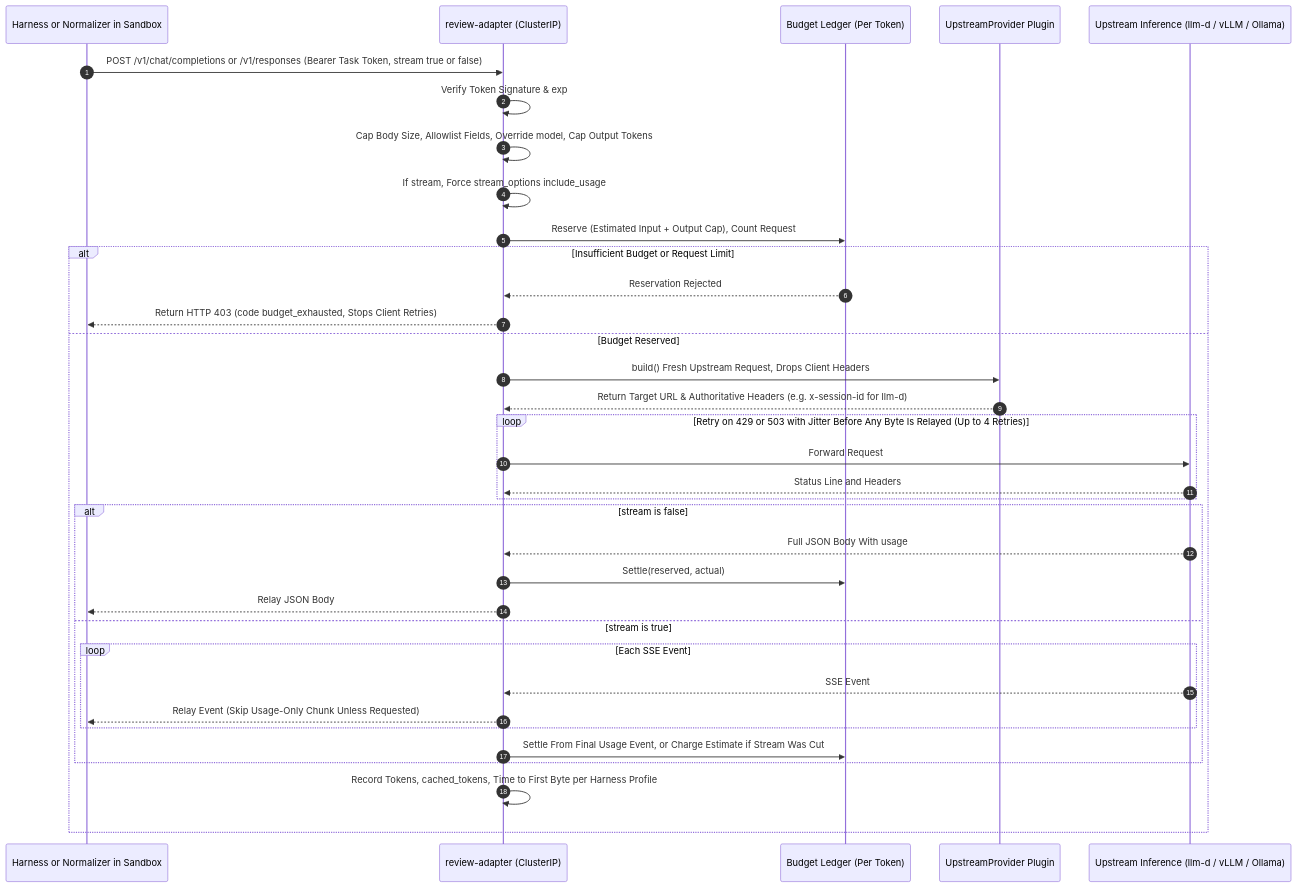
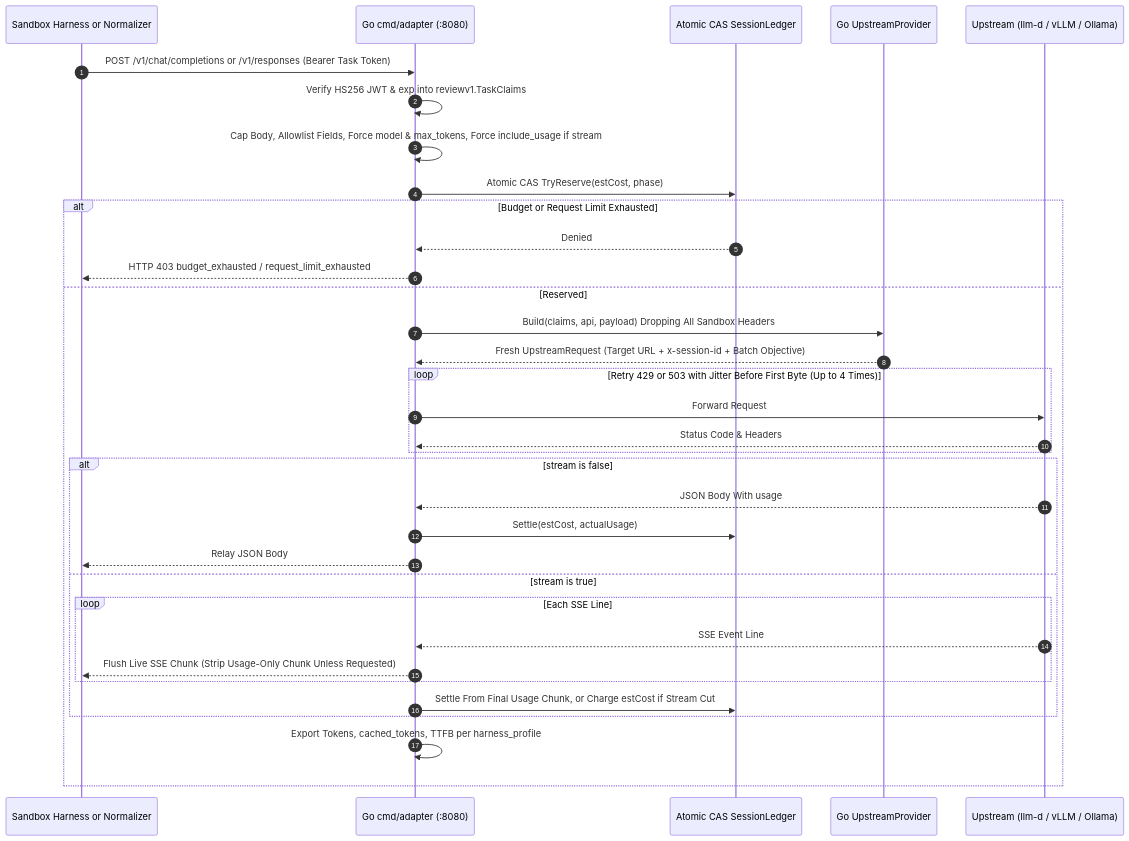
Before and after one commit to zetxqx/review-agent-infra: the fourth of 7 diagrams in docs/design/implementation-plan.md, drawn with Mermaid. The commit also changed other lines of this file and 12 other files, not shown here.

````diff
--- a/docs/design/implementation-plan.md
+++ b/docs/design/implementation-plan.md
@@ -1646,38 +2001,37 @@
 ```mermaid
 sequenceDiagram
     autonumber
-    participant Harn as Harness or Normalizer in Sandbox
-    participant Adapt as review-adapter (ClusterIP)
-    participant Ledger as Budget Ledger (Per Token)
-    participant Prov as UpstreamProvider Plugin
-    participant GW as Upstream Inference (llm-d / vLLM / Ollama)
+    participant Harn as Sandbox Harness or Normalizer
+    participant Adapt as Go cmd/adapter (:8080)
+    participant Ledger as Atomic CAS SessionLedger
+    participant Prov as Go UpstreamProvider
+    participant GW as Upstream (llm-d / vLLM / Ollama)
 
-    Harn->>Adapt: POST /v1/chat/completions or /v1/responses (Bearer Task Token, stream true or false)
-    Adapt->>Adapt: Verify Token Signature & exp
-    Adapt->>Adapt: Cap Body Size, Allowlist Fields, Override model, Cap Output Tokens
-    Adapt->>Adapt: If stream, Force stream_options include_usage
-    Adapt->>Ledger: Reserve (Estimated Input + Output Cap), Count Request
-    alt Insufficient Budget or Request Limit
-        Ledger-->>Adapt: Reservation Rejected
-        Adapt-->>Harn: Return HTTP 403 (code budget_exhausted, Stops Client Retries)
-    else Budget Reserved
-        Adapt->>Prov: build() Fresh Upstream Request, Drops Client Headers
-        Prov-->>Adapt: Return Target URL & Authoritative Headers (e.g. x-session-id for llm-d)
-        loop Retry on 429 or 503 with Jitter Before Any Byte Is Relayed (Up to 4 Retries)
+    Harn->>Adapt: POST /v1/chat/completions or /v1/responses (Bearer Task Token)
+    Adapt->>Adapt: Verify HS256 JWT & exp into reviewv1.TaskClaims
+    Adapt->>Adapt: Cap Body, Allowlist Fields, Force model & max_tokens, Force include_usage if stream
+    Adapt->>Ledger: Atomic CAS TryReserve(estCost, phase)
+    alt Budget or Request Limit Exhausted
+        Ledger-->>Adapt: Denied
+        Adapt-->>Harn: HTTP 403 budget_exhausted / request_limit_exhausted
+    else Reserved
+        Adapt->>Prov: Build(claims, api, payload) Dropping All Sandbox Headers
+        Prov-->>Adapt: Fresh UpstreamRequest (Target URL + x-session-id + Batch Objective)
+        loop Retry 429 or 503 with Jitter Before First Byte (Up to 4 Times)
             Adapt->>GW: Forward Request
-            GW-->>Adapt: Status Line and Headers
+            GW-->>Adapt: Status Code & Headers
         end
         alt stream is false
-            GW-->>Adapt: Full JSON Body With usage
-            Adapt->>Ledger: Settle(reserved, actual)
+            GW-->>Adapt: JSON Body With usage
+            Adapt->>Ledger: Settle(estCost, actualUsage)
             Adapt-->>Harn: Relay JSON Body
         else stream is true
-            loop Each SSE Event
-                GW-->>Adapt: SSE Event
-                Adapt-->>Harn: Relay Event (Skip Usage-Only Chunk Unless Requested)
+            loop Each SSE Line
+                GW-->>Adapt: SSE Event Line
+                Adapt-->>Harn: Flush Live SSE Chunk (Strip Usage-Only Chunk Unless Requested)
             end
-            Adapt->>Ledger: Settle From Final Usage Event, or Charge Estimate if Stream Was Cut
+            Adapt->>Ledger: Settle From Final Usage Chunk, or Charge estCost if Stream Cut
         end
-        Adapt->>Adapt: Record Tokens, cached_tokens, Time to First Byte per Harness Profile
+        Adapt->>Adapt: Export Tokens, cached_tokens, TTFB per harness_profile
     end
 ```
````
